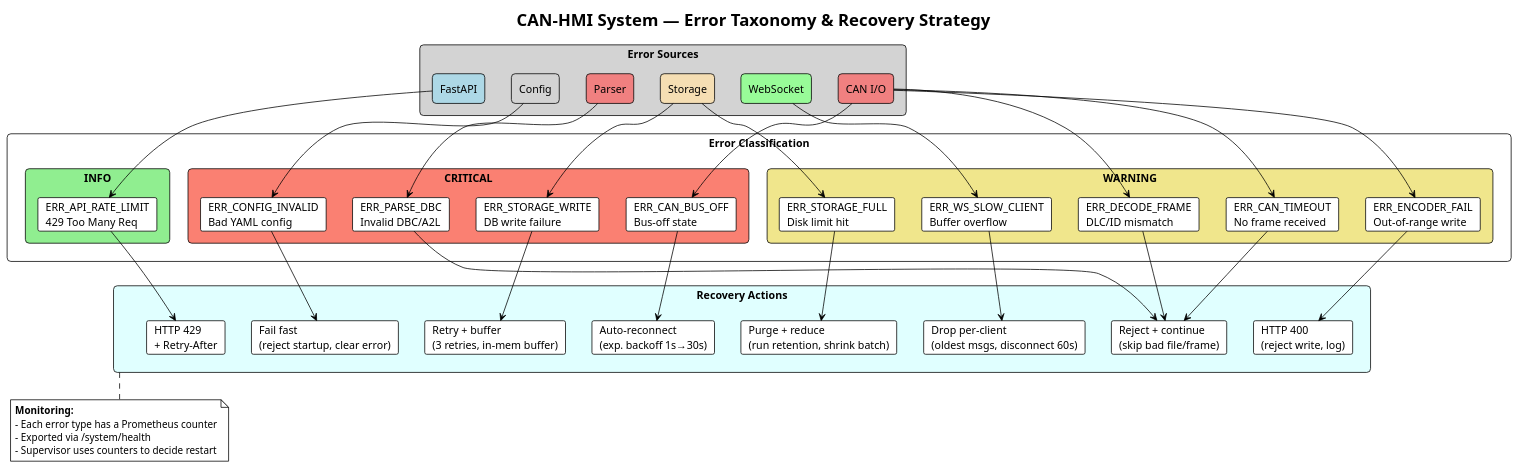
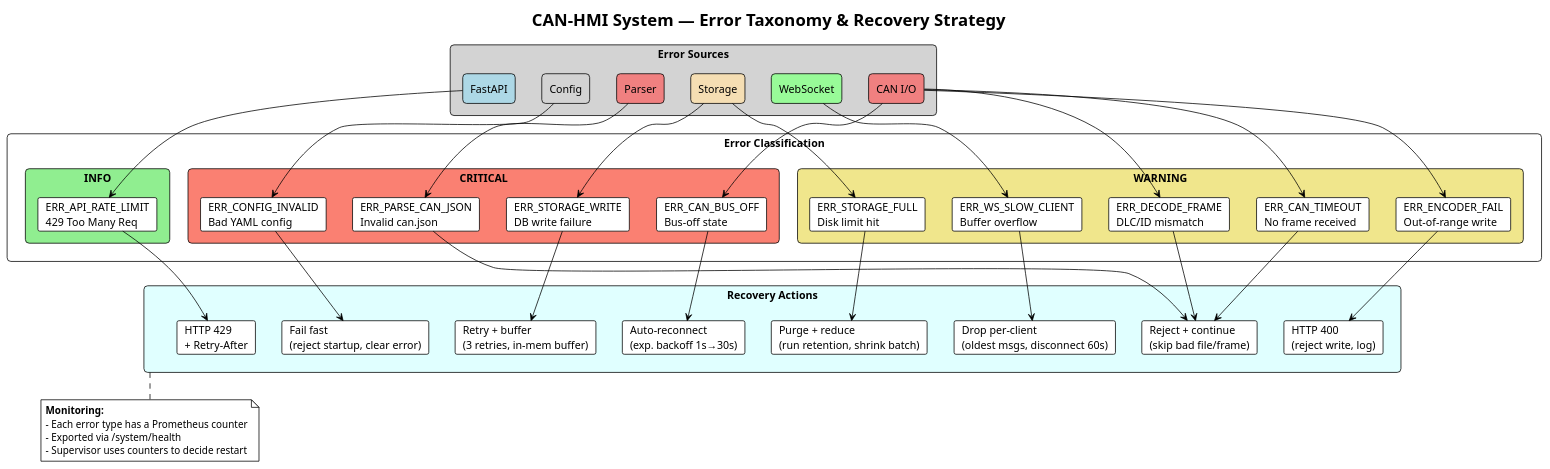
Before and after one commit to 3tdn/car-hmi: the diagram in diagram/15_error_taxonomy.puml, drawn with PlantUML. The commit also changed 28 other files, not shown here.

Commit message:
can_io chỉ sử dụng can.json đã qua xử lý, không dùng từ can dbc nữa

```diff
--- a/diagram/15_error_taxonomy.puml
+++ b/diagram/15_error_taxonomy.puml
@@ -1,79 +1,79 @@
 @startuml Error Taxonomy & Recovery
 !theme plain
 title CAN-HMI System — Error Taxonomy & Recovery Strategy
 
 skinparam rectangle {
     RoundCorner 10
 }
 
 rectangle "Error Sources" as sources #LightGray {
     rectangle "CAN I/O" as src_can #LightCoral
     rectangle "Parser" as src_parse #LightCoral
     rectangle "Storage" as src_store #Wheat
     rectangle "WebSocket" as src_ws #PaleGreen
     rectangle "FastAPI" as src_api #LightBlue
     rectangle "Config" as src_conf #LightGray
 }
 
 rectangle "Error Classification" as errors {
     rectangle "CRITICAL" as crit #Salmon {
         card "ERR_CAN_BUS_OFF\nBus-off state" as e1
-        card "ERR_PARSE_DBC\nInvalid DBC/A2L" as e3
+        card "ERR_PARSE_CAN_JSON\nInvalid can.json" as e3
         card "ERR_STORAGE_WRITE\nDB write failure" as e5
         card "ERR_CONFIG_INVALID\nBad YAML config" as e9
     }
     rectangle "WARNING" as warn #Khaki {
         card "ERR_CAN_TIMEOUT\nNo frame received" as e2
         card "ERR_DECODE_FRAME\nDLC/ID mismatch" as e4
         card "ERR_STORAGE_FULL\nDisk limit hit" as e6
         card "ERR_WS_SLOW_CLIENT\nBuffer overflow" as e7
         card "ERR_ENCODER_FAIL\nOut-of-range write" as e10
     }
     rectangle "INFO" as info #LightGreen {
         card "ERR_API_RATE_LIMIT\n429 Too Many Req" as e8
     }
 }
 
 rectangle "Recovery Actions" as recovery #LightCyan {
     card "Auto-reconnect\n(exp. backoff 1s→30s)" as r_reconnect
     card "Reject + continue\n(skip bad file/frame)" as r_reject
     card "Retry + buffer\n(3 retries, in-mem buffer)" as r_retry
     card "Purge + reduce\n(run retention, shrink batch)" as r_purge
     card "Drop per-client\n(oldest msgs, disconnect 60s)" as r_drop
     card "HTTP 429\n+ Retry-After" as r_ratelimit
     card "Fail fast\n(reject startup, clear error)" as r_failfast
     card "HTTP 400\n(reject write, log)" as r_badreq
 }
 
 ' Source → Error links
 src_can --> e1
 src_can --> e2
 src_parse --> e3
 src_can --> e4
 src_store --> e5
 src_store --> e6
 src_ws --> e7
 src_api --> e8
 src_conf --> e9
 src_can --> e10
 
 ' Error → Recovery links
 e1 --> r_reconnect
 e2 --> r_reject
 e3 --> r_reject
 e4 --> r_reject
 e5 --> r_retry
 e6 --> r_purge
 e7 --> r_drop
 e8 --> r_ratelimit
 e9 --> r_failfast
 e10 --> r_badreq
 
 note bottom of recovery
   **Monitoring:**
   - Each error type has a Prometheus counter
   - Exported via /system/health
   - Supervisor uses counters to decide restart
 end note
 
 @enduml
```
